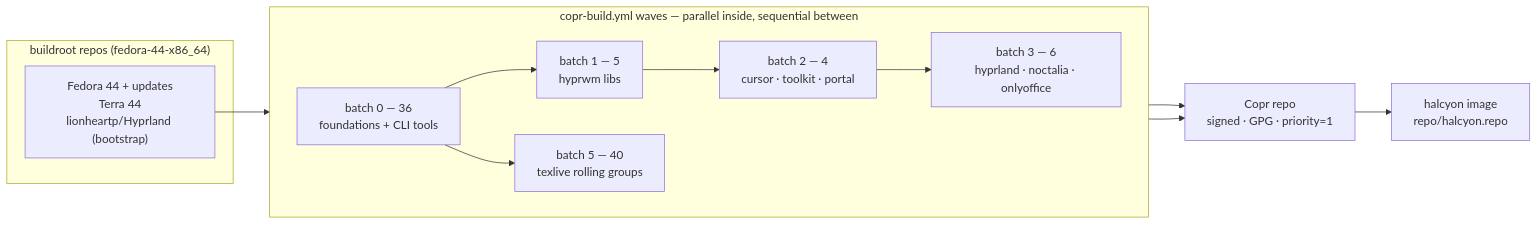
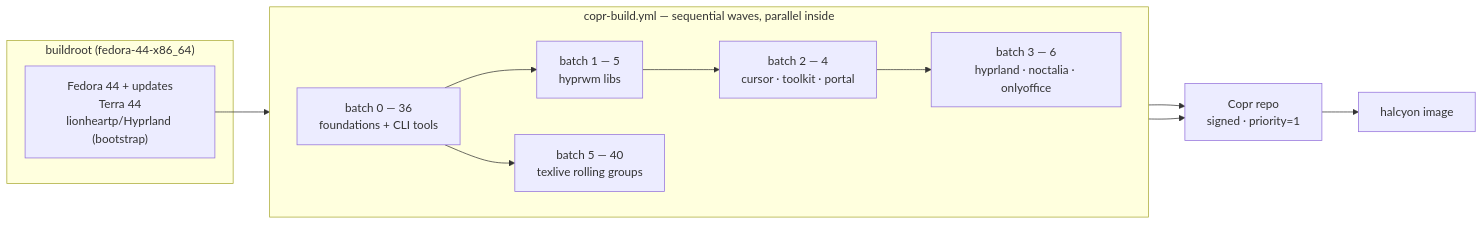
The first of 2 diagrams in README.md (aahsnr-work/halcyon-packages), drawn with Mermaid before and after one commit. The commit also changed other lines of this file and 2 other files, not shown here.

Commit message:
docs: replace outdated checklist and update setup guide with new Copr workflow

````diff
--- a/README.md
+++ b/README.md
@@ -38,20 +43,20 @@
 ```mermaid
 flowchart LR
-    subgraph buildroot["buildroot repos (fedora-44-x86_64)"]
+    subgraph buildroot["buildroot (fedora-44-x86_64)"]
         EXT["Fedora 44 + updates<br/>Terra 44<br/>lionheartp/Hyprland (bootstrap)"]
     end
-    subgraph waves["copr-build.yml waves — parallel inside, sequential between"]
+    subgraph waves["copr-build.yml — sequential waves, parallel inside"]
         direction LR
         B0["batch 0 — 36<br/>foundations + CLI tools"]
         B1["batch 1 — 5<br/>hyprwm libs"]
         B2["batch 2 — 4<br/>cursor · toolkit · portal"]
         B3["batch 3 — 6<br/>hyprland · noctalia · onlyoffice"]
         B5["batch 5 — 40<br/>texlive rolling groups"]
     end
     EXT --> B0
     B0 --> B1 --> B2 --> B3
     B0 --> B5
-    B3 --> REPO["Copr repo<br/>signed · GPG · priority=1"]
+    B3 --> REPO["Copr repo<br/>signed · priority=1"]
     B5 --> REPO
-    REPO --> IMG["halcyon image<br/>repo/halcyon.repo"]
+    REPO --> IMG["halcyon image"]
 ```
````
